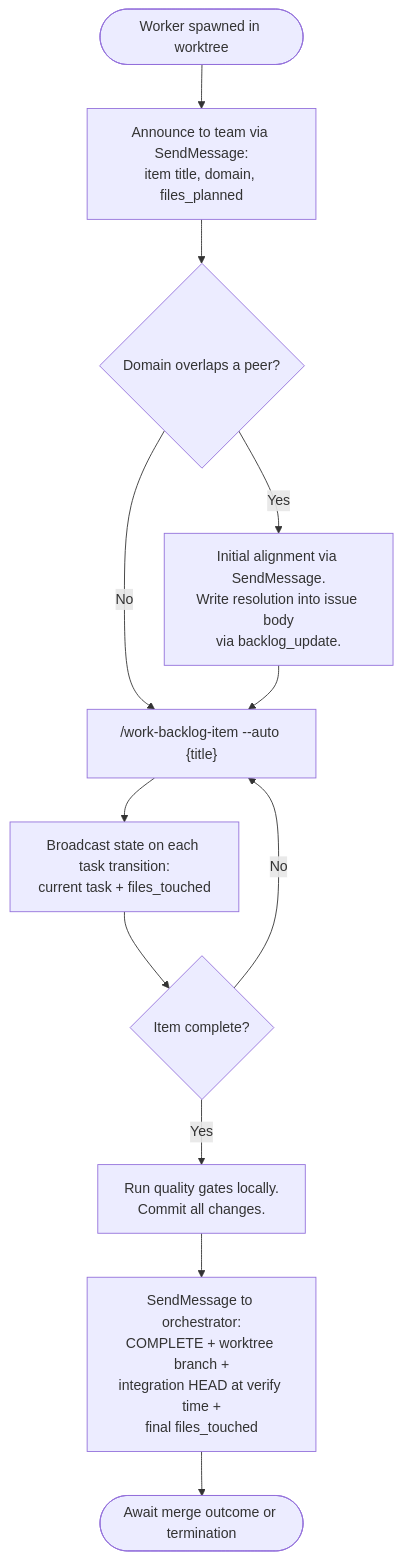
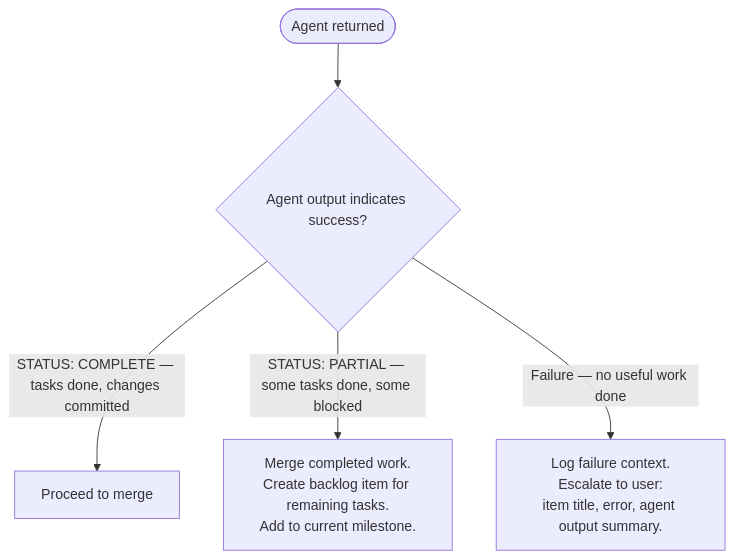
Before and after one commit to chgreer1070/claude_skills: the second of 2 diagrams in plugins/development-harness/skills/work-milestone/SKILL.md, drawn with Mermaid. The commit also changed other lines of this file and 15 other files, not shown here.

First line of the commit message:
feat(work-milestone): redesign from TeamCreate to worktree agent dispatch

````diff
--- a/plugins/development-harness/skills/work-milestone/SKILL.md
+++ b/plugins/development-harness/skills/work-milestone/SKILL.md
@@ -83,14 +194,7 @@
 ```mermaid
 flowchart TD
-    Spawn(["Worker spawned in worktree"]) --> Announce["Announce to team via SendMessage:<br>item title, domain, files_planned"]
-    Announce --> DomainCheck{"Domain overlaps a peer?"}
-    DomainCheck -->|"No"| Work
-    DomainCheck -->|"Yes"| Align["Initial alignment via SendMessage.<br>Write resolution into issue body<br>via backlog_update."]
-    Align --> Work
-    Work["/work-backlog-item --auto {title}"] --> Broadcast["Broadcast state on each task transition:<br>current task + files_touched"]
-    Broadcast --> Done{"Item complete?"}
-    Done -->|"No"| Work
-    Done -->|"Yes"| Verify["Run quality gates locally.<br>Commit all changes."]
-    Verify --> Signal["SendMessage to orchestrator:<br>COMPLETE + worktree branch +<br>integration HEAD at verify time +<br>final files_touched"]
-    Signal --> Await(["Await merge outcome or termination"])
+    Result(["Agent returned"]) --> Status{"Agent output indicates success?"}
+    Status -->|"STATUS: COMPLETE — tasks done, changes committed"| Merge["Proceed to merge"]
+    Status -->|"STATUS: PARTIAL — some tasks done, some blocked"| Partial["Merge completed work.<br>Create backlog item for remaining tasks.<br>Add to current milestone."]
+    Status -->|"Failure — no useful work done"| Failure["Log failure context.<br>Escalate to user:<br>item title, error, agent output summary."]
 ```
````
